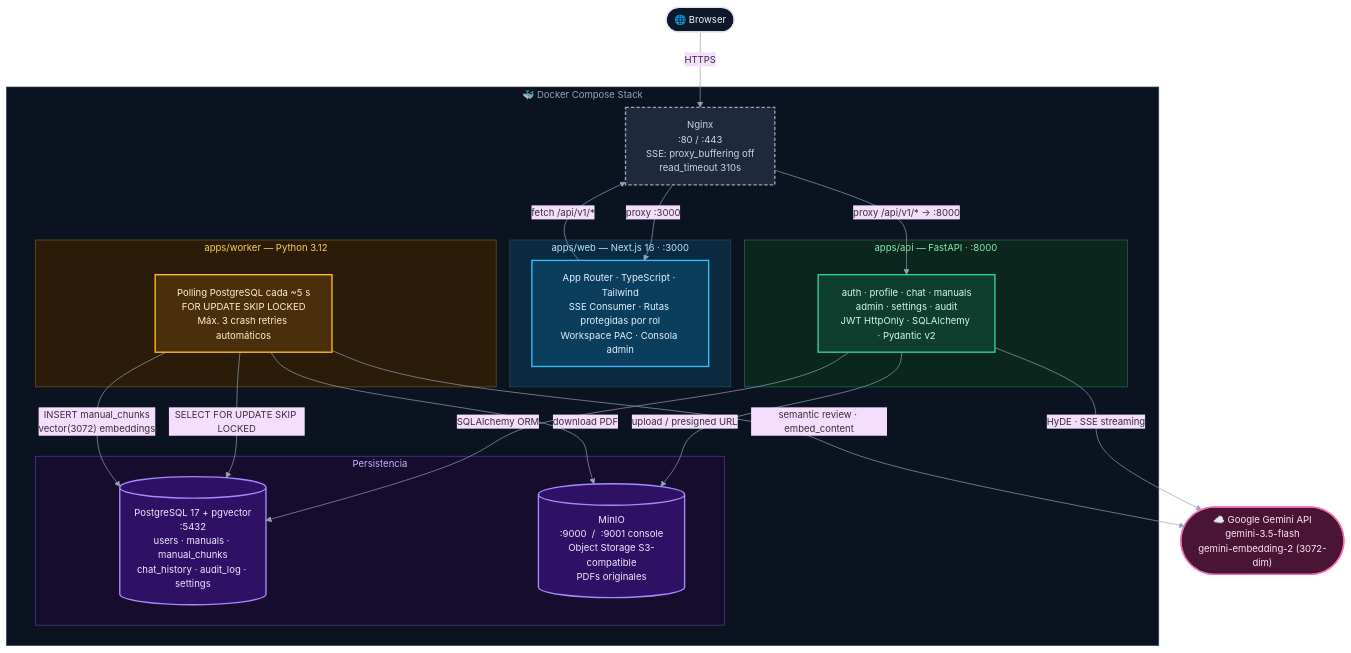
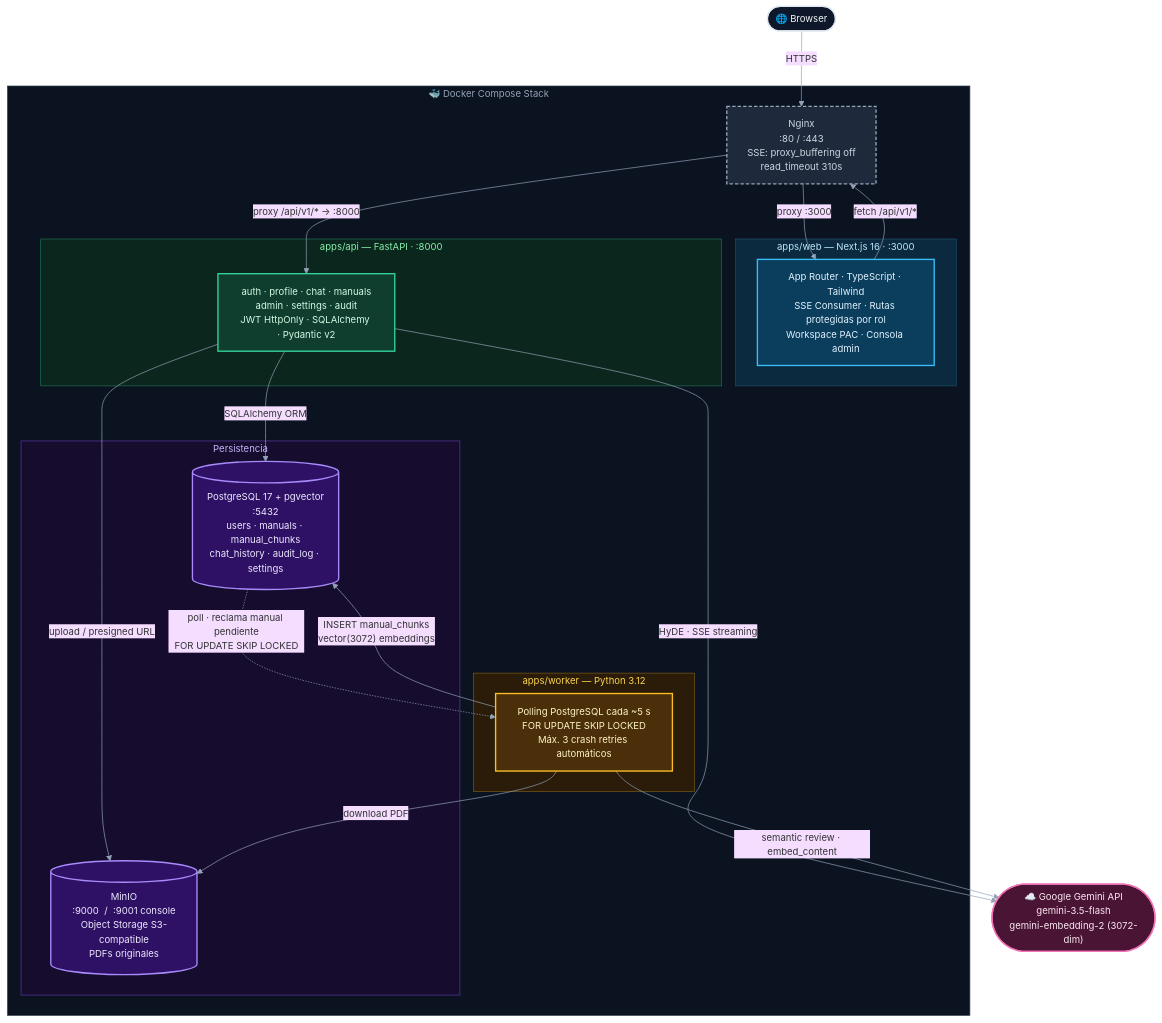
One commit to soviedos/rc7_programming_assistant changed the first of 2 diagrams in README.md. Above: the diagram before and after it, drawn with Mermaid. The commit also changed 1 other file, not shown here.

Commit message:
docs(architecture): show the worker's inbound job-claim edge
The worker is a poller, not a synchronously-invoked service, so it only had
outgoing edges. Add an inbound dotted edge from PostgreSQL (the manuals queue)
to the worker representing "poll · claim pending manual (FOR UPDATE SKIP LOCKED)"
in both the README topology and the ARCHITECTURE.md component diagram, so the
worker's trigger/input is visible. Mermaid parse: 10/10 OK.

````diff
--- a/README.md
+++ b/README.md
@@ -13,53 +13,53 @@
 ```mermaid
 %%{init: {'theme':'base','themeVariables':{'fontFamily':'ui-sans-serif, system-ui','fontSize':'14px','lineColor':'#94a3b8'},'flowchart':{'curve':'basis','nodeSpacing':45,'rankSpacing':60}}}%%
 flowchart TB
     Browser(["🌐 Browser"]):::client
 
     subgraph DockerStack["🐳 Docker Compose Stack"]
         Nginx["Nginx\n:80 / :443\nSSE: proxy_buffering off\nread_timeout 310s"]:::prod
 
         subgraph FE["apps/web — Next.js 16  ·  :3000"]
             NextJS["App Router · TypeScript · Tailwind\nSSE Consumer · Rutas protegidas por rol\nWorkspace PAC · Consola admin"]:::frontend
         end
 
         subgraph BE["apps/api — FastAPI  ·  :8000"]
             FastAPI["auth · profile · chat · manuals\nadmin · settings · audit\nJWT HttpOnly · SQLAlchemy · Pydantic v2"]:::backend
         end
 
         subgraph WK["apps/worker — Python 3.12"]
             Worker["Polling PostgreSQL cada ~5 s\nFOR UPDATE SKIP LOCKED\nMáx. 3 crash retries automáticos"]:::worker
         end
 
         subgraph DB["Persistencia"]
             PG[("PostgreSQL 17 + pgvector\n:5432\nusers · manuals · manual_chunks\nchat_history · audit_log · settings")]:::data
             MinIO[("MinIO\n:9000  /  :9001 console\nObject Storage S3-compatible\nPDFs originales")]:::data
         end
     end
 
     Gemini(["☁️ Google Gemini API\ngemini-3.5-flash\ngemini-embedding-2 (3072-dim)"]):::external
 
     Browser -->|HTTPS| Nginx
     Nginx -->|proxy :3000| NextJS
     Nginx -->|"proxy /api/v1/*  →  :8000"| FastAPI
     NextJS -->|"fetch /api/v1/*"| Nginx
     FastAPI -->|"SQLAlchemy ORM"| PG
     FastAPI -->|"upload / presigned URL"| MinIO
     FastAPI -->|"HyDE · SSE streaming"| Gemini
-    Worker -->|"SELECT FOR UPDATE SKIP LOCKED"| PG
+    PG -.->|"poll · reclama manual pendiente\nFOR UPDATE SKIP LOCKED"| Worker
     Worker -->|"download PDF"| MinIO
     Worker -->|"semantic review · embed_content"| Gemini
     Worker -->|"INSERT manual_chunks\nvector(3072) embeddings"| PG
 
     classDef client fill:#0f172a,stroke:#e2e8f0,stroke-width:2px,color:#f1f5f9
     classDef frontend fill:#0b3d5c,stroke:#38bdf8,stroke-width:2px,color:#e0f2fe
     classDef backend fill:#0f3d2e,stroke:#34d399,stroke-width:2px,color:#d1fae5
     classDef worker fill:#4a2f0a,stroke:#fbbf24,stroke-width:2px,color:#fef3c7
     classDef data fill:#2e1065,stroke:#a78bfa,stroke-width:2px,color:#ede9fe
     classDef external fill:#4a1535,stroke:#f472b6,stroke-width:2px,color:#fce7f3
     classDef prod fill:#1e293b,stroke:#94a3b8,stroke-width:2px,color:#cbd5e1,stroke-dasharray:5 3
     style DockerStack fill:#0b1220,stroke:#334155,color:#94a3b8
     style FE fill:#0c2a3f,stroke:#1e4e6b,color:#bae6fd
     style BE fill:#0b261c,stroke:#1f6f52,color:#86efac
     style WK fill:#2a1c08,stroke:#7a5a16,color:#fcd34d
     style DB fill:#160c2e,stroke:#5b3aa6,color:#c4b5fd
 ```
````
